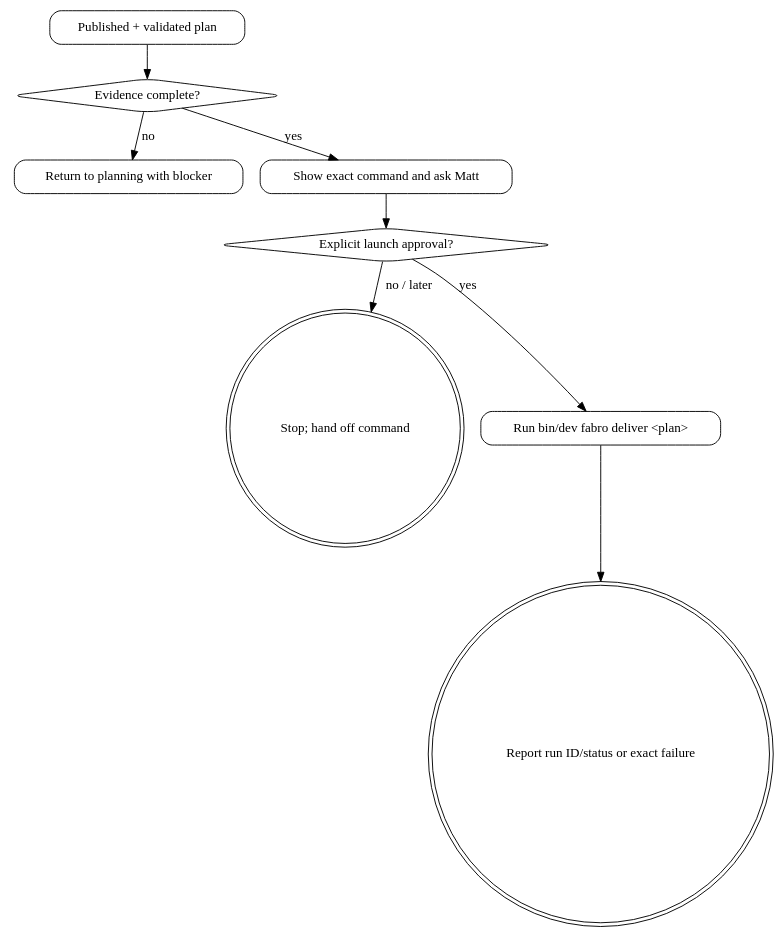
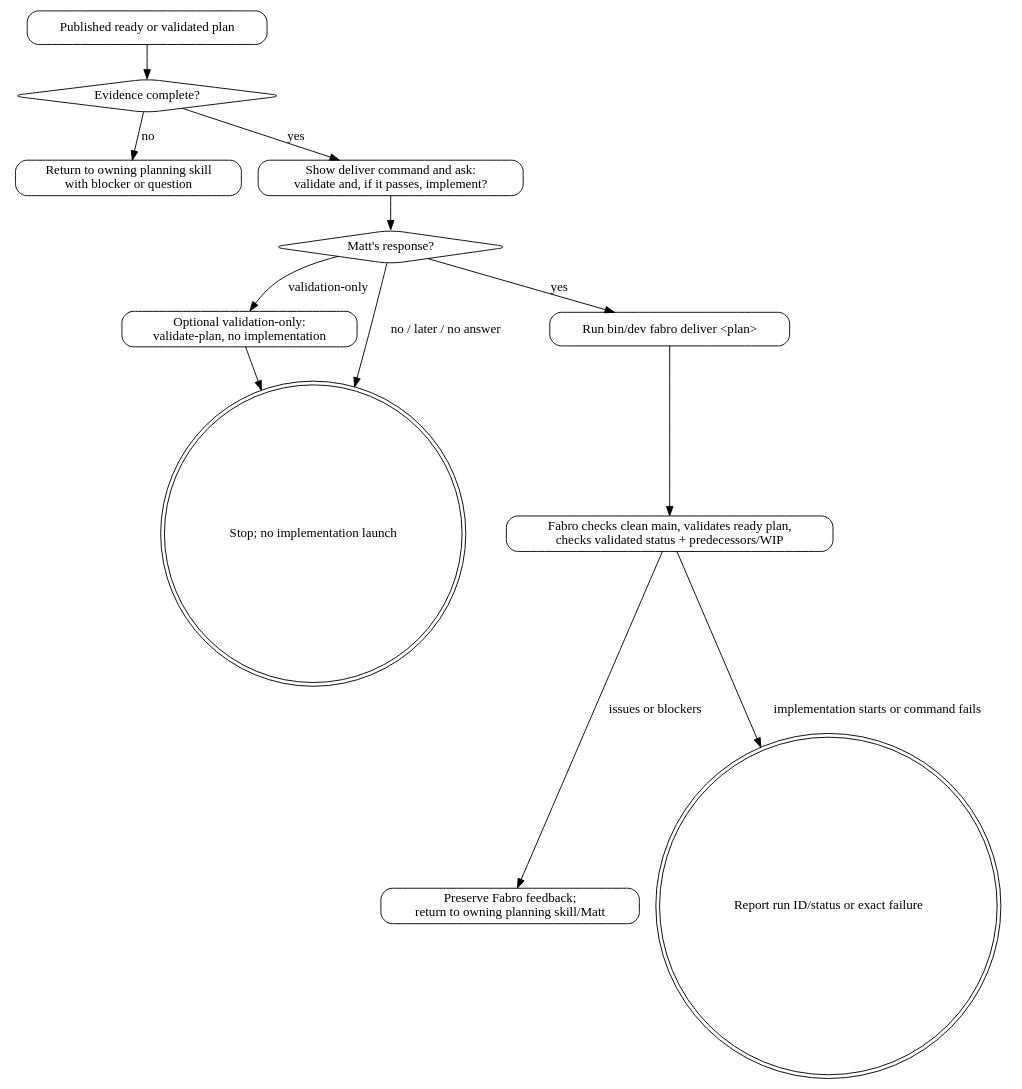
The diagram in .pi/skills/iteration-delivery/SKILL.md (mattwynne/memba), drawn with Graphviz before and after one commit. The commit also changed other lines of this file and 13 other files, not shown here.

````diff
--- a/.pi/skills/iteration-delivery/SKILL.md
+++ b/.pi/skills/iteration-delivery/SKILL.md
@@ -45,23 +49,30 @@
 ```dot
 digraph iteration_delivery {
   rankdir=TB;
   node [shape=box, style="rounded"];
 
-  input [label="Published + validated plan"];
+  input [label="Published ready or validated plan"];
   verify [shape=diamond, label="Evidence complete?"];
-  return [label="Return to planning with blocker"];
-  ask [label="Show exact command and ask Matt"];
-  approve [shape=diamond, label="Explicit launch approval?"];
-  stop [shape=doublecircle, label="Stop; hand off command"];
+  return [label="Return to owning planning skill\nwith blocker or question"];
+  ask [label="Show deliver command and ask:\nvalidate and, if it passes, implement?"];
+  approve [shape=diamond, label="Matt's response?"];
+  validation_only [label="Optional validation-only:\nvalidate-plan, no implementation"];
+  stop [shape=doublecircle, label="Stop; no implementation launch"];
   run [label="Run bin/dev fabro deliver <plan>"];
+  deliver_checks [label="Fabro checks clean main, validates ready plan,\nchecks validated status + predecessors/WIP"];
+  issue [label="Preserve Fabro feedback;\nreturn to owning planning skill/Matt"];
   report [shape=doublecircle, label="Report run ID/status or exact failure"];
 
   input -> verify;
   verify -> return [label="no"];
   verify -> ask [label="yes"];
   ask -> approve;
-  approve -> stop [label="no / later"];
+  approve -> validation_only [label="validation-only"];
+  validation_only -> stop;
+  approve -> stop [label="no / later / no answer"];
   approve -> run [label="yes"];
-  run -> report;
+  run -> deliver_checks;
+  deliver_checks -> issue [label="issues or blockers"];
+  deliver_checks -> report [label="implementation starts or command fails"];
 }
 ```
````
